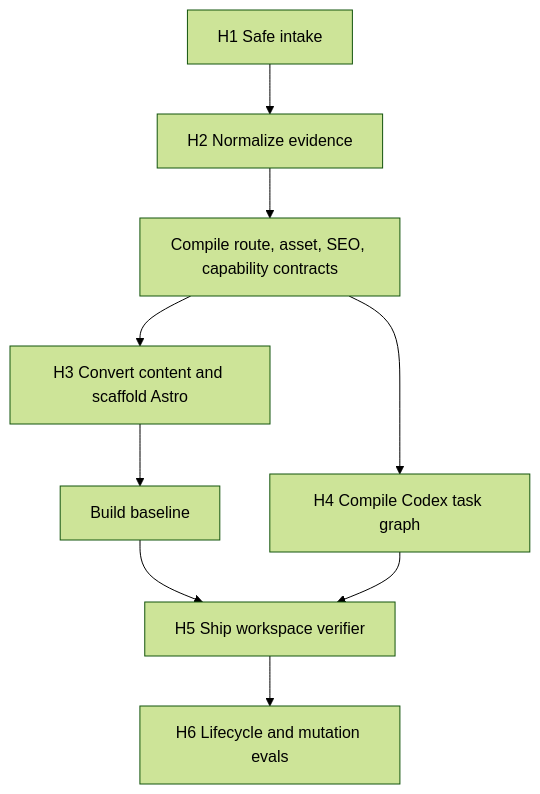
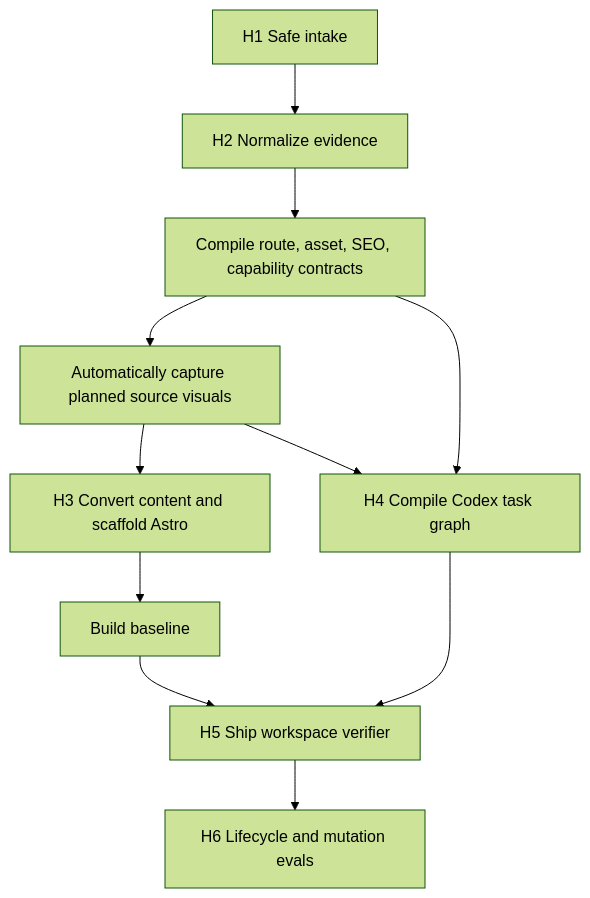
One commit to erickrex/moltex changed the second of 3 diagrams in moltex_harness.md. Above: the diagram before and after it, drawn with Mermaid (forest theme). The commit also changed other lines of this file and 28 other files, not shown here.

````diff
--- a/moltex_harness.md
+++ b/moltex_harness.md
@@ -404,11 +413,13 @@
 ```mermaid
 flowchart TD
     A["H1 Safe intake"] --> B["H2 Normalize evidence"]
     B --> C["Compile route, asset, SEO, capability contracts"]
-    C --> D["H3 Convert content and scaffold Astro"]
+    C --> V["Automatically capture planned source visuals"]
+    V --> D["H3 Convert content and scaffold Astro"]
     D --> E["Build baseline"]
     C --> F["H4 Compile Codex task graph"]
+    V --> F
     E --> G["H5 Ship workspace verifier"]
     F --> G
     G --> H["H6 Lifecycle and mutation evals"]
 ```
````
